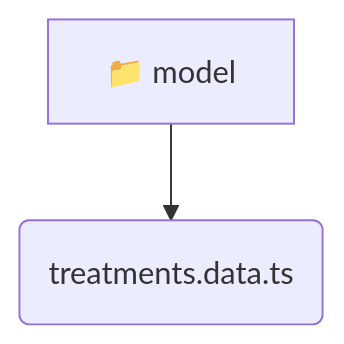
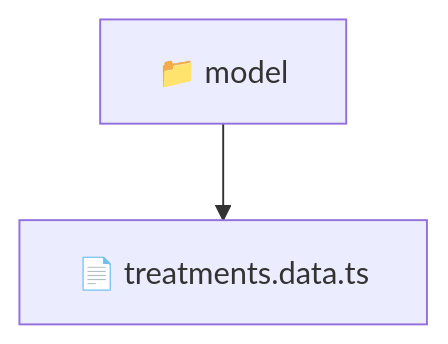
One commit to beginwebdev2002/fullstack-mavluda changed the diagram in frontend/src/features/treatments/model/README.md. Above: the diagram before and after it, drawn with Mermaid. The commit also changed other lines of this file and 163 other files, not shown here.

````diff
--- a/frontend/src/features/treatments/model/README.md
+++ b/frontend/src/features/treatments/model/README.md
@@ -11,5 +10,5 @@
 ```mermaid
 graph TD
-  model[📁 model]
-  model --> model_treatments_data_ts(treatments.data.ts)
+  Root["📁 model"]
+  Root --> treatmentsdatats["📄 treatments.data.ts"]
 ```
````
